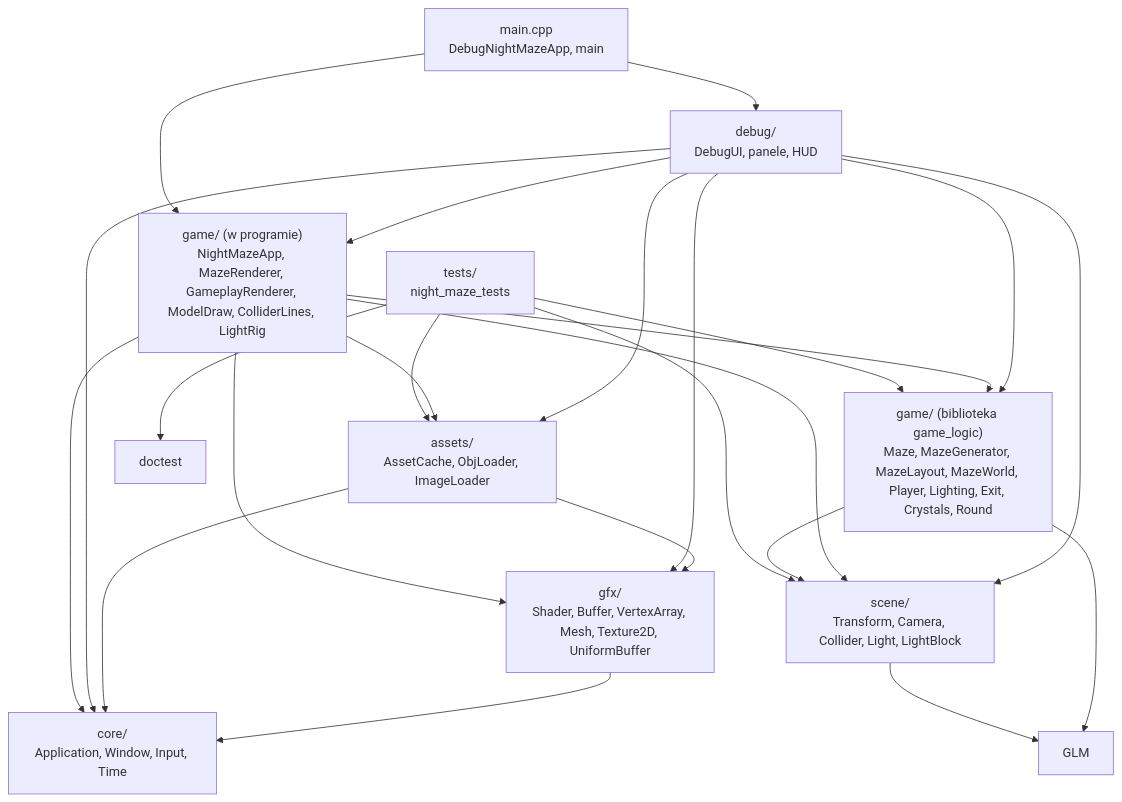
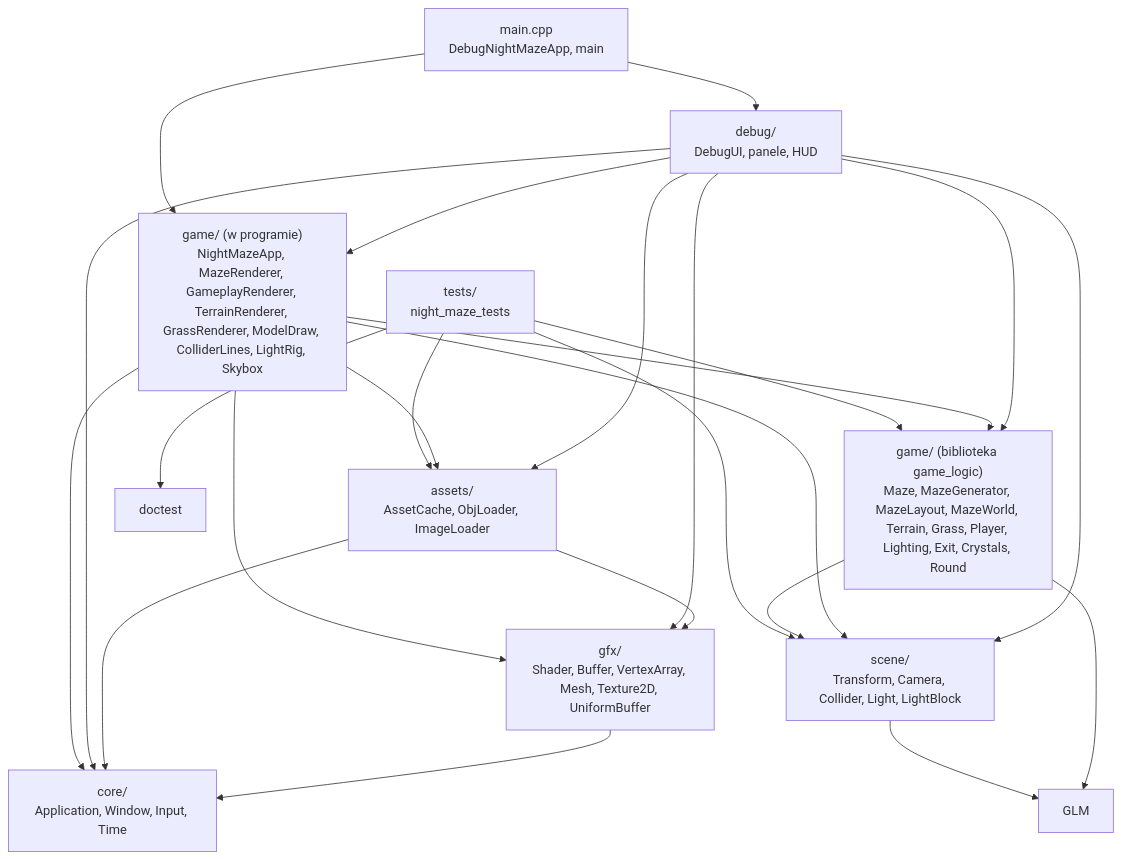
One commit to Shironex/night-maze changed the diagram in docs/modules/game/README.md. Above: the diagram before and after it, drawn with Mermaid. The commit also changed other lines of this file and 30 other files, not shown here.

Commit message:
feat(game): stand the maze, crystals and player on the terrain

````diff
--- a/docs/modules/game/README.md
+++ b/docs/modules/game/README.md
@@ -69,26 +77,26 @@
 ```mermaid
 flowchart TD
     Main["main.cpp<br/>DebugNightMazeApp, main"] --> Debug["debug/<br/>DebugUI, panele, HUD"]
-    Main --> App["game/ (w programie)<br/>NightMazeApp, MazeRenderer, GameplayRenderer, ModelDraw, ColliderLines, LightRig"]
+    Main --> App["game/ (w programie)<br/>NightMazeApp, MazeRenderer, GameplayRenderer, TerrainRenderer, GrassRenderer, ModelDraw, ColliderLines, LightRig, Skybox"]
     Tests["tests/<br/>night_maze_tests"] --> Logic
     Tests --> Scene
     Tests --> Assets
-    Logic["game/ (biblioteka game_logic)<br/>Maze, MazeGenerator, MazeLayout, MazeWorld, Player, Lighting, Exit, Crystals, Round"] --> Scene["scene/<br/>Transform, Camera, Collider, Light, LightBlock"]
+    Logic["game/ (biblioteka game_logic)<br/>Maze, MazeGenerator, MazeLayout, MazeWorld, Terrain, Grass, Player, Lighting, Exit, Crystals, Round"] --> Scene["scene/<br/>Transform, Camera, Collider, Light, LightBlock"]
     App --> Logic
     App --> Scene
     App --> Assets["assets/<br/>AssetCache, ObjLoader, ImageLoader"]
     App --> Gfx["gfx/<br/>Shader, Buffer, VertexArray, Mesh, Texture2D, UniformBuffer"]
     App --> Core["core/<br/>Application, Window, Input, Time"]
     Debug --> Core
     Debug --> Gfx
     Debug --> Scene
     Debug --> Assets
     Debug --> App
     Debug --> Logic
     Assets --> Gfx
     Assets --> Core
     Gfx --> Core
     Scene --> Glm["GLM"]
     Logic --> Glm
     Tests --> Doctest["doctest"]
 ```
````
